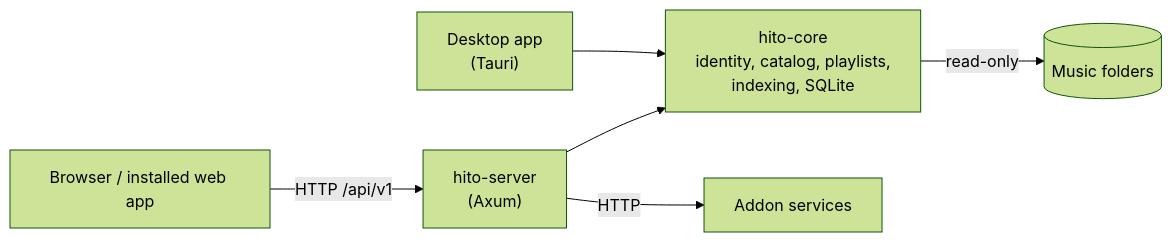
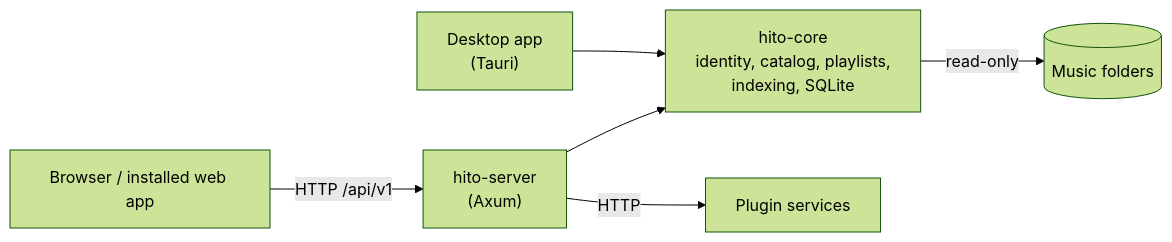
Before and after one commit to acidiney/hitoapp: the diagram in README.md, drawn with Mermaid (forest theme). The commit also changed other lines of this file and 1 other file, not shown here.

Commit message:
Lead the README with the plugin system

````diff
--- a/README.md
+++ b/README.md
@@ -94,8 +99,8 @@
 ```mermaid
 flowchart LR
     B["Browser / installed web app"] -- "HTTP /api/v1" --> S["hito-server<br>(Axum)"]
     D["Desktop app<br>(Tauri)"] --> C
     S --> C["hito-core<br>identity, catalog, playlists,<br>indexing, SQLite"]
     C -- "read-only" --> F[("Music folders")]
-    S -- "HTTP" --> P["Addon services"]
+    S -- "HTTP" --> P["Plugin services"]
 ```
````
